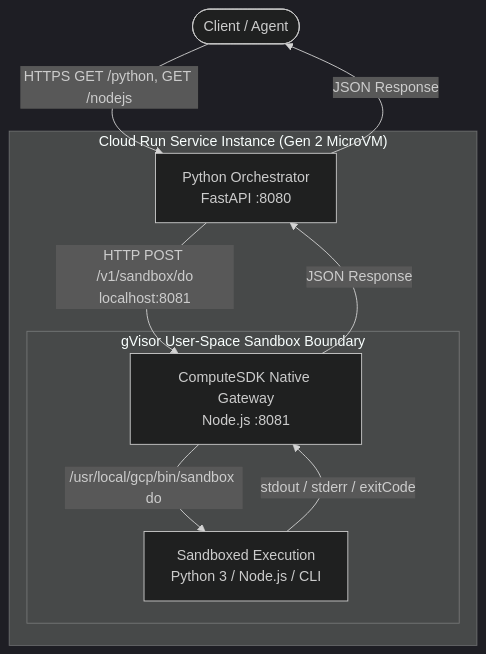
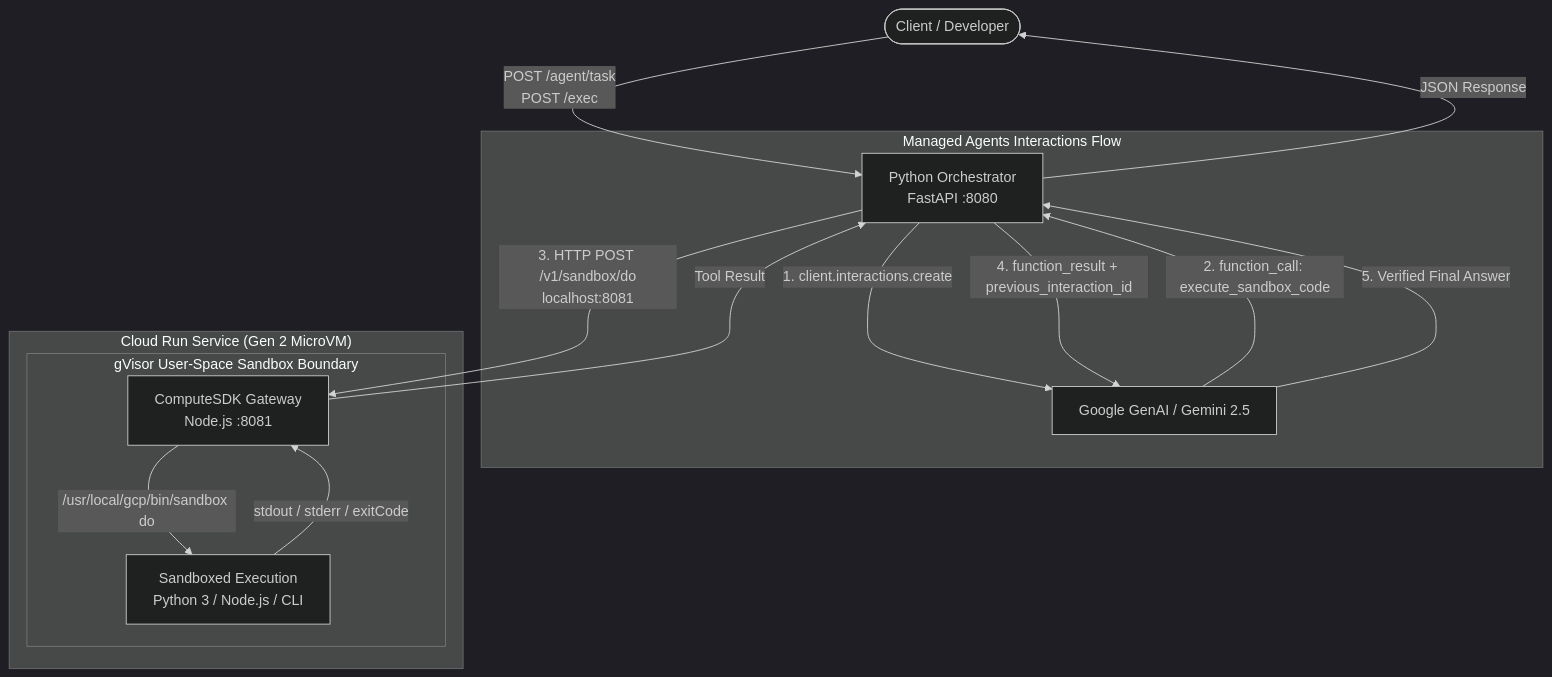
The diagram in sandbox-examples/README.md (kenthua/cloudrun), drawn with Mermaid (dark theme) before and after one commit. The commit also changed other lines of this file and 8 other files, not shown here.

Commit message:
Add Google Gen AI Interactions API managed agent and connection pool optimizations

````diff
--- a/sandbox-examples/README.md
+++ b/sandbox-examples/README.md
@@ -54,16 +61,23 @@
 ```mermaid
 flowchart TD
-    User([Client / Agent]) -->|HTTPS GET /python, GET /nodejs| Ingress[Python Orchestrator<br/>FastAPI :8080]
+    Client([Client / Developer]) -->|POST /agent/task<br/>POST /exec| Ingress[Python Orchestrator<br/>FastAPI :8080]
     
-    subgraph CloudRunInstance["Cloud Run Service Instance (Gen 2 MicroVM)"]
-        Ingress -->|HTTP POST /v1/sandbox/do<br/>localhost:8081| Sidecar[ComputeSDK Native Gateway<br/>Node.js :8081]
+    subgraph AgentLoop["Managed Agents Interactions Flow"]
+        Ingress -->|1. client.interactions.create| Gemini[Google GenAI / Gemini 2.5]
+        Gemini -->|2. function_call: execute_sandbox_code| Ingress
+    end
+    
+    subgraph CloudRunInstance["Cloud Run Service (Gen 2 MicroVM)"]
+        Ingress -->|3. HTTP POST /v1/sandbox/do<br/>localhost:8081| Sidecar[ComputeSDK Gateway<br/>Node.js :8081]
         
         subgraph SandboxBoundary["gVisor User-Space Sandbox Boundary"]
             Sidecar -->|/usr/local/gcp/bin/sandbox do| Guest[Sandboxed Execution<br/>Python 3 / Node.js / CLI]
         end
     end
     
     Guest -->|stdout / stderr / exitCode| Sidecar
-    Sidecar -->|JSON Response| Ingress
-    Ingress -->|JSON Response| User
+    Sidecar -->|Tool Result| Ingress
+    Ingress -->|4. function_result + previous_interaction_id| Gemini
+    Gemini -->|5. Verified Final Answer| Ingress
+    Ingress -->|JSON Response| Client
 ```
````
